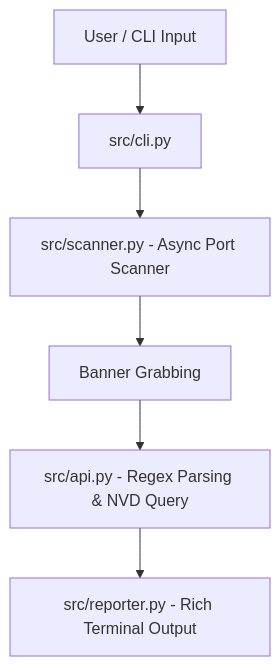
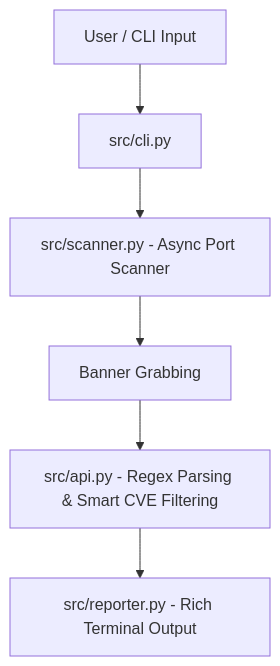
Before and after one commit to PrestigeDK/vuln-scanner: the diagram in README.md, drawn with Mermaid. The commit also changed other lines of this file and 4 other files, not shown here.

````diff
--- a/README.md
+++ b/README.md
@@ -13,8 +13,8 @@
 ```mermaid
 graph TD
     A[User / CLI Input] --> B[src/cli.py]
     B --> C[src/scanner.py - Async Port Scanner]
     C --> D[Banner Grabbing]
-    D --> E[src/api.py - Regex Parsing & NVD Query]
+    D --> E[src/api.py - Regex Parsing & Smart CVE Filtering]
     E --> F[src/reporter.py - Rich Terminal Output]
 ```
````
